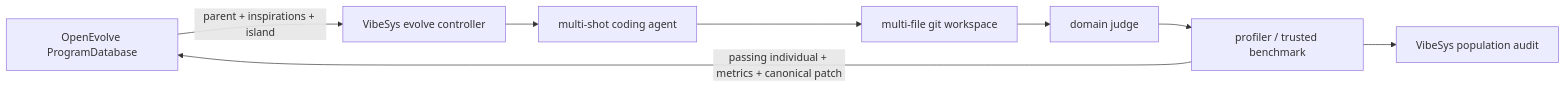
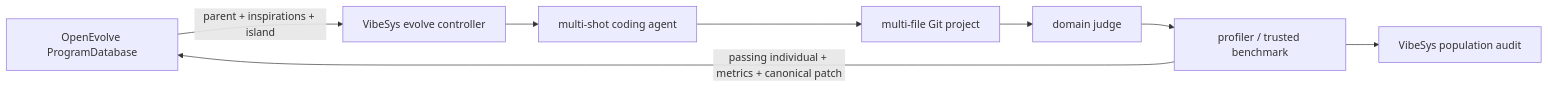
The diagram in docs/openevolve.md (uw-syfi/vibe-serve), drawn with Mermaid before and after one commit. The commit also changed other lines of this file and 111 other files, not shown here.

````diff
--- a/docs/openevolve.md
+++ b/docs/openevolve.md
@@ -20,10 +20,10 @@
 ```mermaid
 flowchart LR
     OE["OpenEvolve ProgramDatabase"] -->|"parent + inspirations + island"| VS["VibeSys evolve controller"]
     VS --> A["multi-shot coding agent"]
-    A --> W["multi-file git workspace"]
+    A --> W["multi-file Git project"]
     W --> J["domain judge"]
     J --> P["profiler / trusted benchmark"]
     P -->|"passing individual + metrics + canonical patch"| OE
     P --> VP["VibeSys population audit"]
 ```
````
